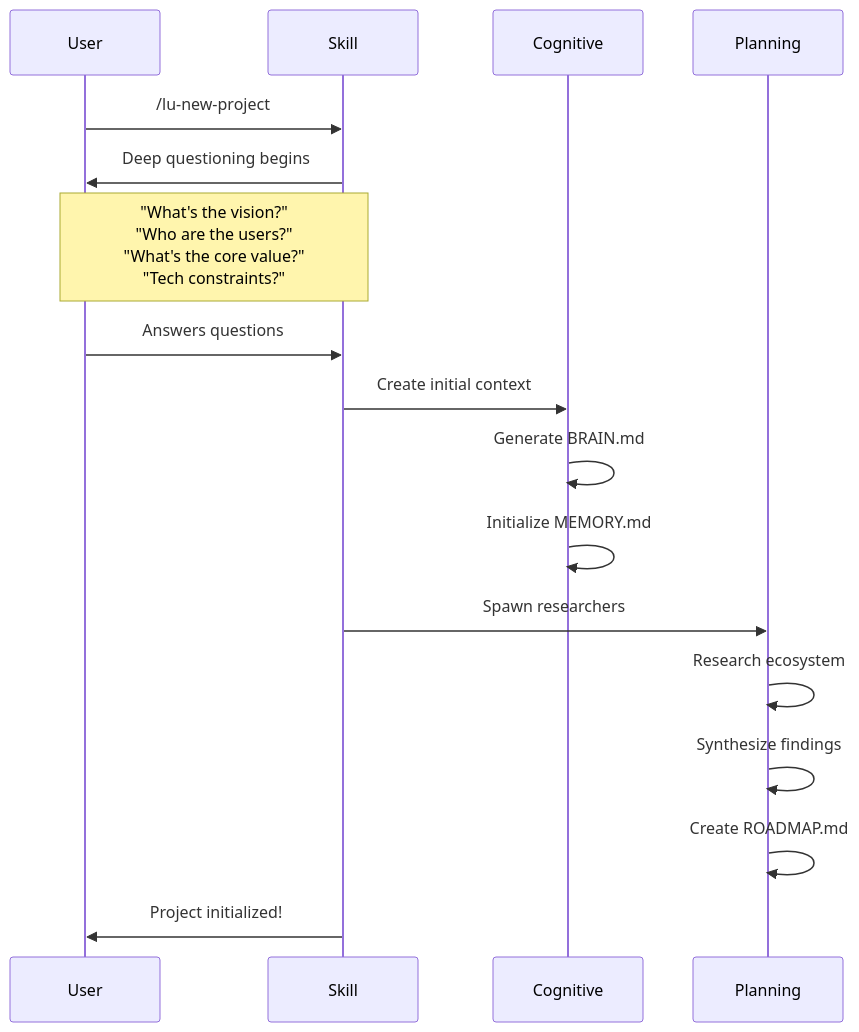
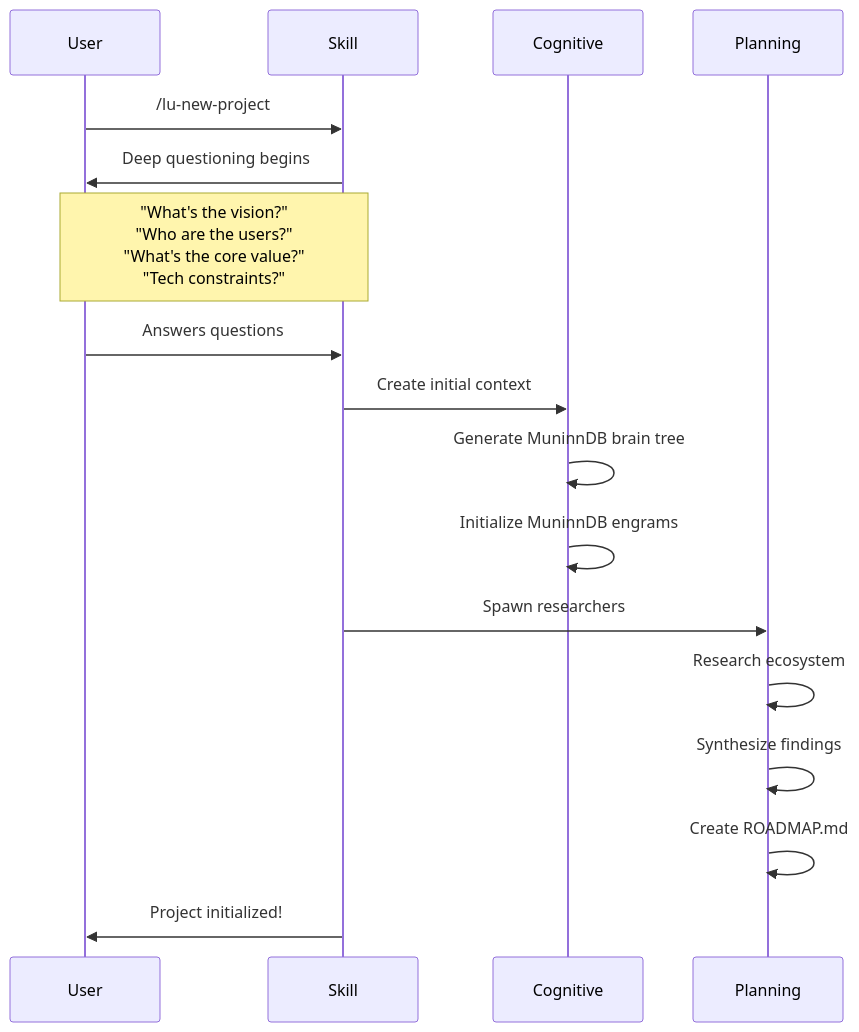
Before and after one commit to asibilia/luca-framework: the fourth of 12 diagrams in docs/agent-framework/luca/end-to-end-workflow.md, drawn with Mermaid. The commit also changed other lines of this file and 820 other files, not shown here.

````diff
--- a/docs/agent-framework/luca/end-to-end-workflow.md
+++ b/docs/agent-framework/luca/end-to-end-workflow.md
@@ -191,22 +191,22 @@
 ```mermaid
 sequenceDiagram
     participant U as User
     participant S as Skill
     participant C as Cognitive
     participant P as Planning
 
     U->>S: /lu-new-project
     S->>U: Deep questioning begins
 
     Note over S,U: "What's the vision?"<br/>"Who are the users?"<br/>"What's the core value?"<br/>"Tech constraints?"
 
     U->>S: Answers questions
     S->>C: Create initial context
-    C->>C: Generate BRAIN.md
-    C->>C: Initialize MEMORY.md
+    C->>C: Generate MuninnDB brain tree
+    C->>C: Initialize MuninnDB engrams
     S->>P: Spawn researchers
     P->>P: Research ecosystem
     P->>P: Synthesize findings
     P->>P: Create ROADMAP.md
     S->>U: Project initialized!
 ```
````
